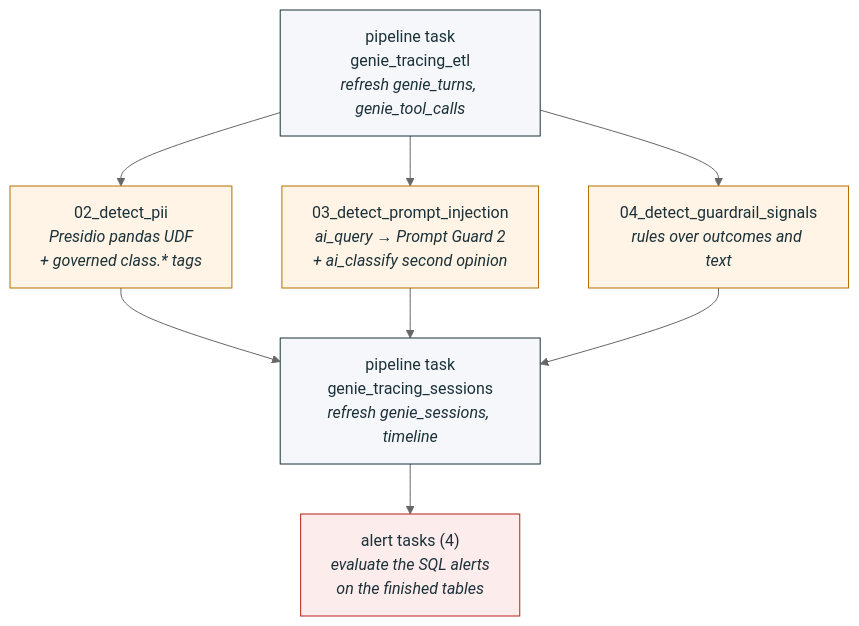
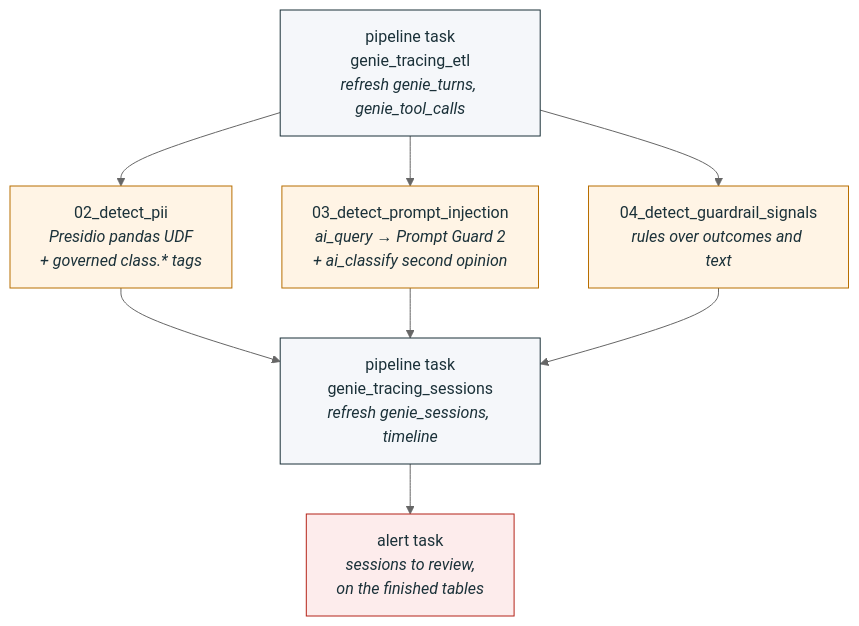
One commit to andyweaves/genie-trace-monitoring changed the first of 2 diagrams in README.md. Above: the diagram before and after it, drawn with Mermaid (neutral theme). The commit also changed other lines of this file and 8 other files, not shown here.

First line of the commit message:
Single "sessions to review" alert, PII severity weights, DOB detection

````diff
--- a/README.md
+++ b/README.md
@@ -54,24 +57,24 @@
 ```mermaid
 flowchart TD
     etl["pipeline task<br/>genie_tracing_etl<br/><i>refresh genie_turns, genie_tool_calls</i>"]
     pii["02_detect_pii<br/><i>Presidio pandas UDF<br/>+ governed class.* tags</i>"]
     inj["03_detect_prompt_injection<br/><i>ai_query → Prompt Guard 2<br/>+ ai_classify second opinion</i>"]
     gr["04_detect_guardrail_signals<br/><i>rules over outcomes and text</i>"]
     sess["pipeline task<br/>genie_tracing_sessions<br/><i>refresh genie_sessions, timeline</i>"]
-    al["alert tasks (4)<br/><i>evaluate the SQL alerts<br/>on the finished tables</i>"]
+    al["alert task<br/><i>sessions to review,<br/>on the finished tables</i>"]
 
     etl --> pii
     etl --> inj
     etl --> gr
     pii --> sess
     inj --> sess
     gr --> sess
     sess --> al
 
     classDef pipe fill:#f5f7fa,stroke:#1b3139,color:#1b3139
     classDef nb fill:#fff4e5,stroke:#b86e00,color:#1b3139
     classDef alert fill:#fdecec,stroke:#b42318,color:#1b3139
     class etl,sess pipe
     class pii,inj,gr nb
     class al alert
 ```
````
